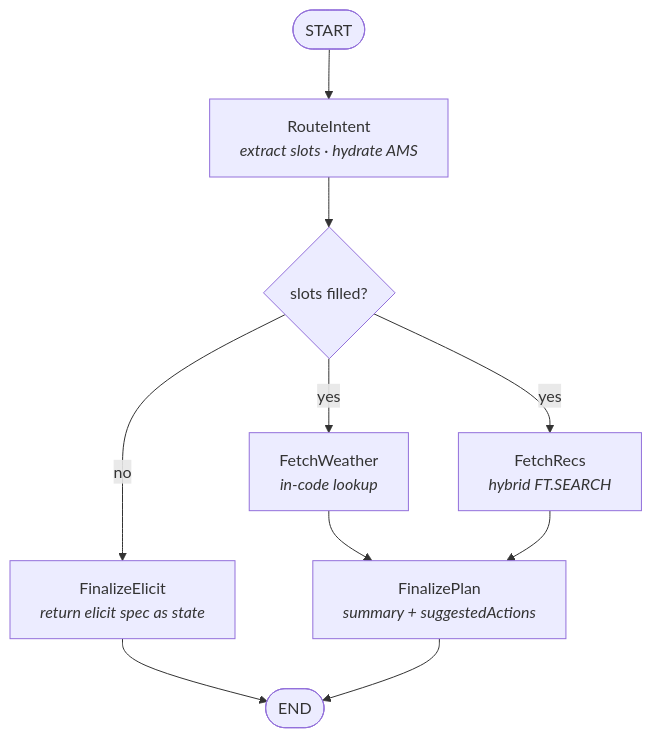
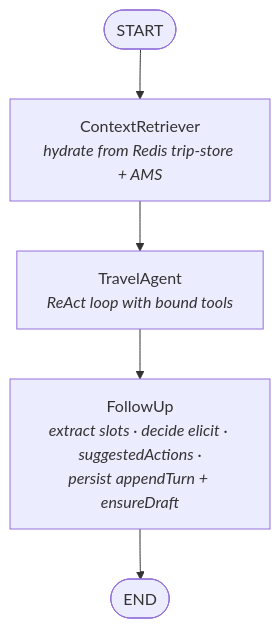
Before and after one commit to booleanhunter/travel-planning-agent-agui-langraph: the first of 3 diagrams in docs/diagrams/flowchart.md, drawn with Mermaid. The commit also changed other lines of this file and 8 other files, not shown here.

First line of the commit message:
docs(diagrams): realign the diagrams with the shipped graph

````diff
--- a/docs/diagrams/flowchart.md
+++ b/docs/diagrams/flowchart.md
@@ -7,12 +7,7 @@
 ```mermaid
 flowchart TD
-      START([START]) --> RI[RouteIntent<br/><i>extract slots · hydrate AMS</i>]
-      RI --> BR{slots filled?}
-      BR -- yes --> FW[FetchWeather<br/><i>in-code lookup</i>]
-      BR -- yes --> FR[FetchRecs<br/><i>hybrid FT.SEARCH</i>]
-      BR -- no --> FE[FinalizeElicit<br/><i>return elicit spec as state</i>]
-      FW --> FP[FinalizePlan<br/><i>summary + suggestedActions</i>]
-      FR --> FP
-      FE --> END([END])
-      FP --> END
+      START([START]) --> CR[ContextRetriever<br/><i>hydrate from Redis trip-store + AMS</i>]
+      CR --> TA[TravelAgent<br/><i>ReAct loop with bound tools</i>]
+      TA --> FU[FollowUp<br/><i>extract slots · decide elicit · suggestedActions ·<br/>persist appendTurn + ensureDraft</i>]
+      FU --> END([END])
 ```
````
